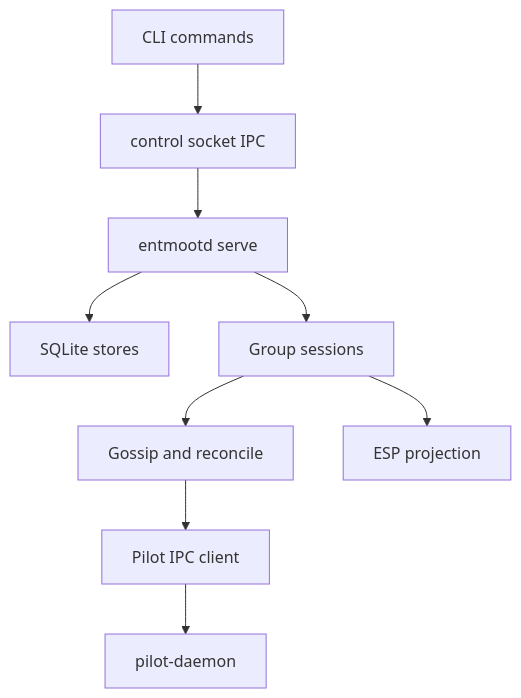
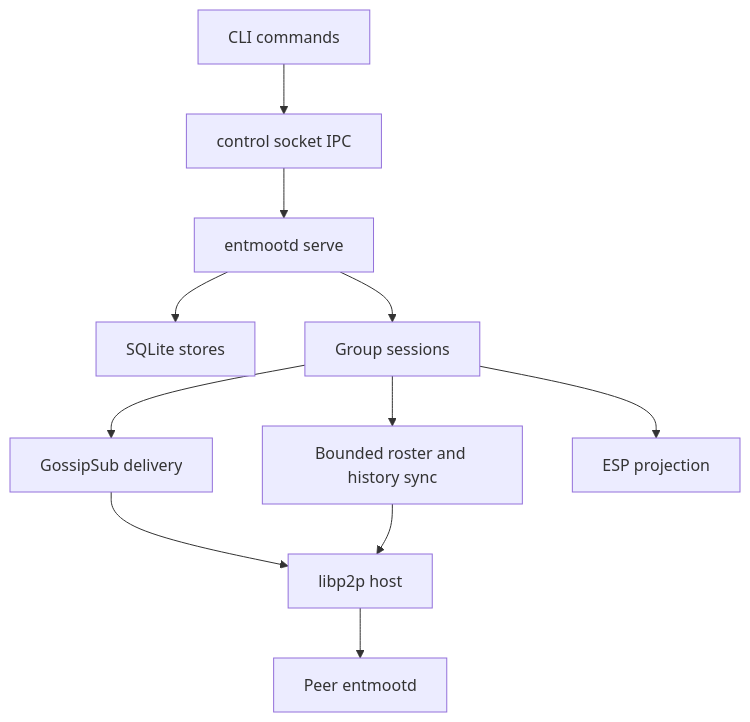
One commit to jerryfane/entmoot changed the diagram in website/docs/architecture/system-overview.md. Above: the diagram before and after it, drawn with Mermaid. The commit also changed other lines of this file and 49 other files, not shown here.

````diff
--- a/website/docs/architecture/system-overview.md
+++ b/website/docs/architecture/system-overview.md
@@ -8,11 +8,13 @@
 ```mermaid
 flowchart TB
   CLI[CLI commands] --> IPC[control socket IPC]
   IPC --> Serve[entmootd serve]
   Serve --> Store[SQLite stores]
   Serve --> Sessions[Group sessions]
-  Sessions --> Gossip[Gossip and reconcile]
+  Sessions --> Gossip[GossipSub delivery]
+  Sessions --> Sync[Bounded roster and history sync]
   Sessions --> ESP[ESP projection]
-  Gossip --> Pilot[Pilot IPC client]
-  Pilot --> Daemon[pilot-daemon]
+  Gossip --> Host[libp2p host]
+  Sync --> Host
+  Host --> Peer[Peer entmootd]
 ```
````
